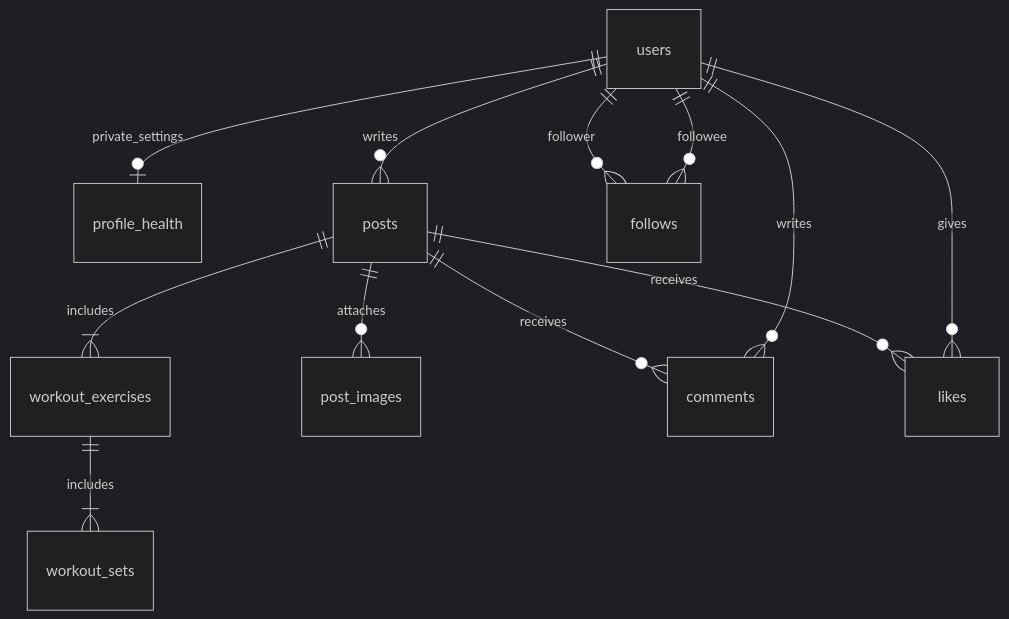
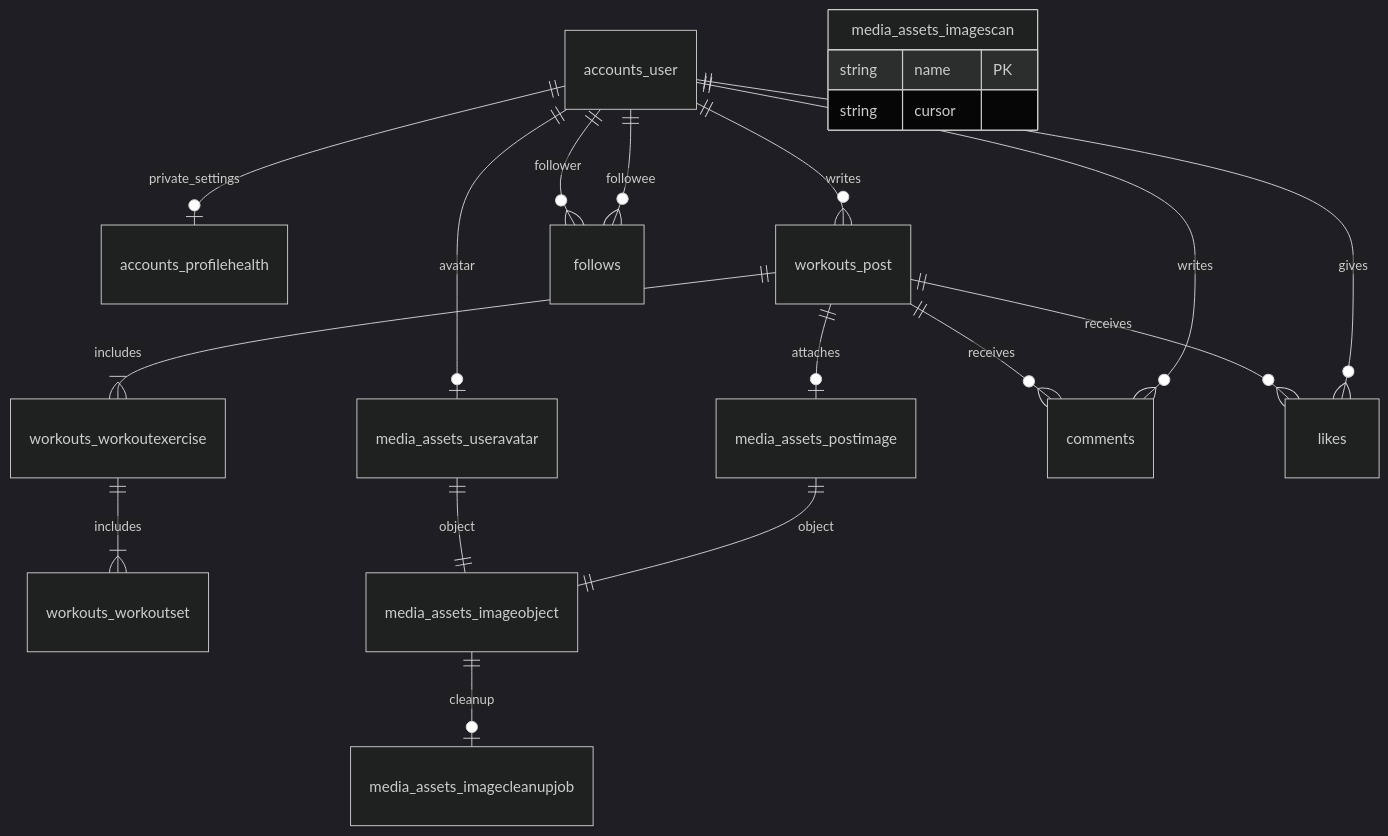
Before and after one commit to koma236/FitLog: the diagram in docs/07_er_diagram.md, drawn with Mermaid (dark theme). The commit also changed other lines of this file and 56 other files, not shown here.

Commit message:
feat: add post photos and profile avatars (FL-05)

````diff
--- a/docs/07_er_diagram.md
+++ b/docs/07_er_diagram.md
@@ -9,14 +9,22 @@
 ```mermaid
 erDiagram
-    users ||--o| profile_health : private_settings
-    users ||--o{ posts : writes
-    posts ||--|{ workout_exercises : includes
-    workout_exercises ||--|{ workout_sets : includes
-    posts ||--o{ post_images : attaches
-    posts ||--o{ comments : receives
-    users ||--o{ comments : writes
-    posts ||--o{ likes : receives
-    users ||--o{ likes : gives
-    users ||--o{ follows : follower
-    users ||--o{ follows : followee
+    accounts_user ||--o| accounts_profilehealth : private_settings
+    accounts_user ||--o{ workouts_post : writes
+    workouts_post ||--|{ workouts_workoutexercise : includes
+    workouts_workoutexercise ||--|{ workouts_workoutset : includes
+    accounts_user ||--o| media_assets_useravatar : avatar
+    media_assets_useravatar ||--|| media_assets_imageobject : object
+    workouts_post ||--o| media_assets_postimage : attaches
+    media_assets_postimage ||--|| media_assets_imageobject : object
+    media_assets_imageobject ||--o| media_assets_imagecleanupjob : cleanup
+    media_assets_imagescan {
+        string name PK
+        string cursor
+    }
+    workouts_post ||--o{ comments : receives
+    accounts_user ||--o{ comments : writes
+    workouts_post ||--o{ likes : receives
+    accounts_user ||--o{ likes : gives
+    accounts_user ||--o{ follows : follower
+    accounts_user ||--o{ follows : followee
 ```
````
